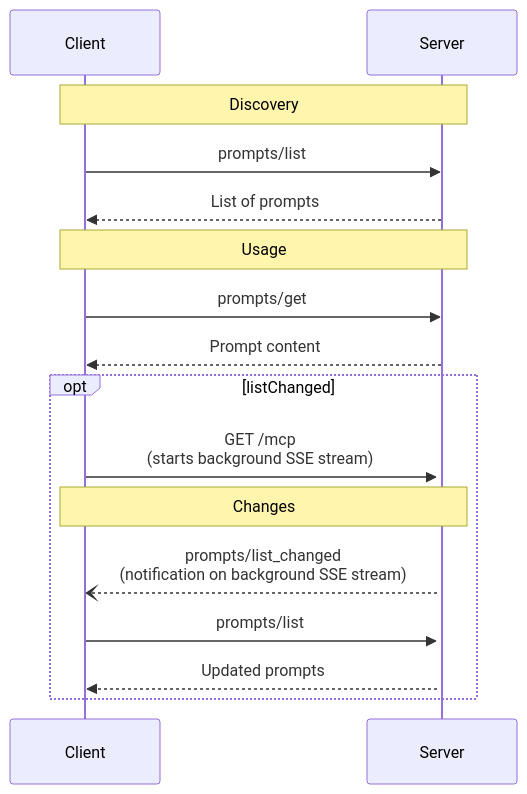
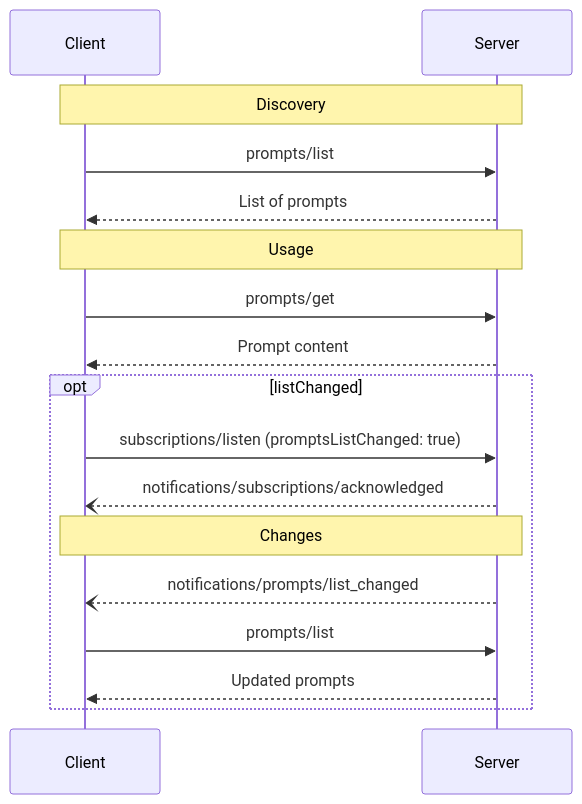
Before and after one commit to NickCollect/ai-coding-runbook: the diagram in 01_Raw/github/modelcontextprotocol/modelcontextprotocol/docs/specification/draft/server/prompts.mdx, drawn with Mermaid. The commit also changed other lines of this file and 151 other files, not shown here.

````diff
--- a/01_Raw/github/modelcontextprotocol/modelcontextprotocol/docs/specification/draft/server/prompts.mdx
+++ b/01_Raw/github/modelcontextprotocol/modelcontextprotocol/docs/specification/draft/server/prompts.mdx
@@ -168,21 +170,22 @@
 ```mermaid
 sequenceDiagram
     participant Client
     participant Server
 
     Note over Client,Server: Discovery
     Client->>Server: prompts/list
     Server-->>Client: List of prompts
 
     Note over Client,Server: Usage
     Client->>Server: prompts/get
     Server-->>Client: Prompt content
 
     opt listChanged
-      Client->>+Server: GET /mcp<br>(starts background SSE stream)
+      Client->>Server: subscriptions/listen (promptsListChanged: true)
+      Server--)Client: notifications/subscriptions/acknowledged
       Note over Client,Server: Changes
-      Server--)Client: prompts/list_changed<br>(notification on background SSE stream)
+      Server--)Client: notifications/prompts/list_changed
       Client->>Server: prompts/list
       Server-->>Client: Updated prompts
     end
 ```
````
